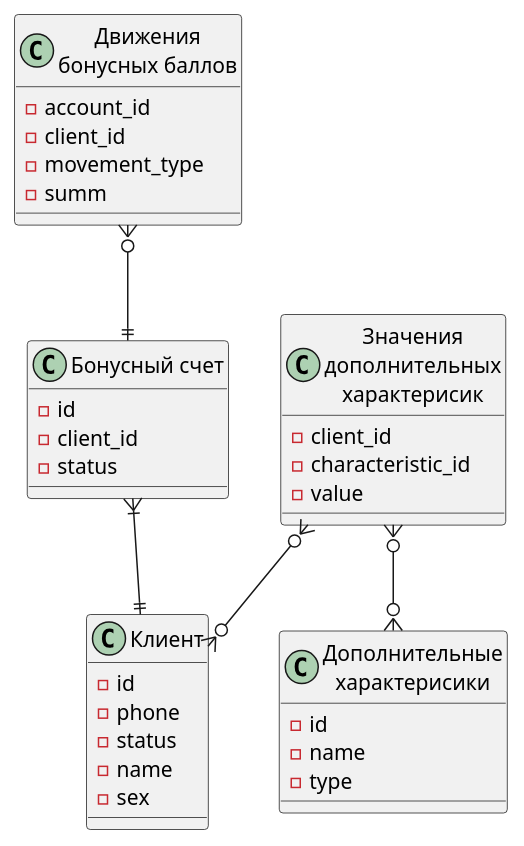
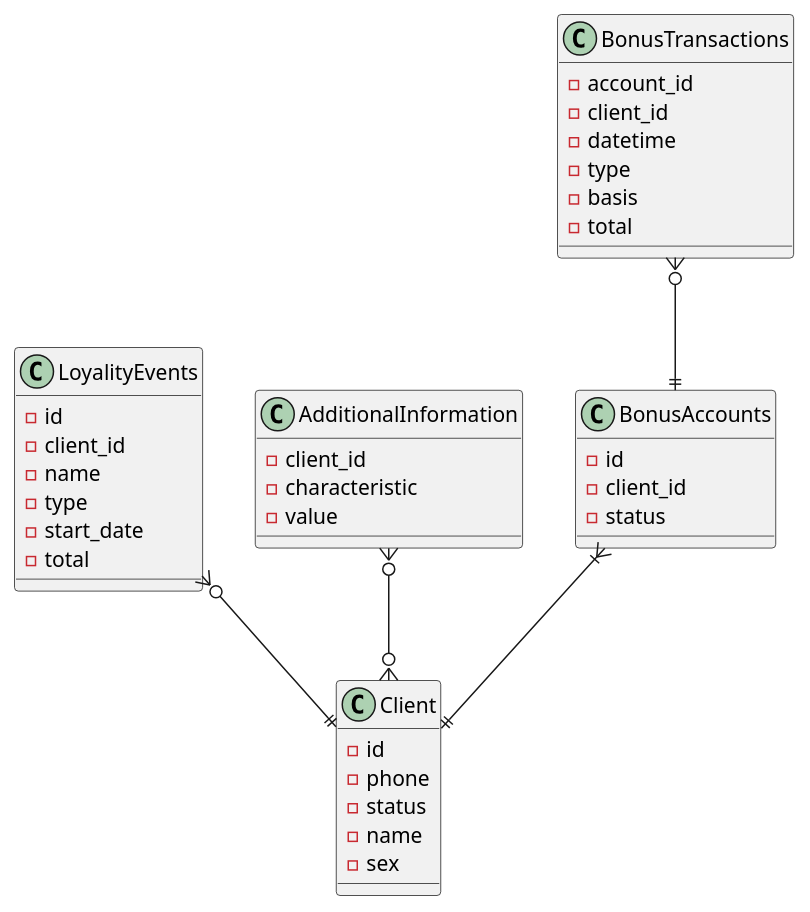
One commit to botokash/gb_ch3_task changed the diagram in er-diagram.puml. Above: the diagram before and after it, drawn with PlantUML. The commit also changed 4 other files, not shown here.

```diff
--- a/er-diagram.puml
+++ b/er-diagram.puml
@@ -1,41 +1,46 @@
 @startuml er-diagram
 
-class "Клиент" as Clinet {
+class "Client" as Client {
   - id
   - phone
   - status
   - name
   - sex
 }
 
-class "Дополнительные\nхарактерисики" as ClinetCharacteristics {
+class "LoyalityEvents" as LoyalityEvents {
   - id
+  - client_id
   - name
   - type
+  - start_date
+  - total
 }
 
-class "Значения\nдополнительных\nхарактерисик" as AdditionalInformation {
+class "AdditionalInformation" as AdditionalInformation {
   - client_id
-  - characteristic_id
+  - characteristic
   - value
 }
 
-class "Бонусный счет" as BonusAccount {
+class "BonusAccounts" as BonusAccounts {
   - id
   - client_id
   - status
 }
 
-class "Движения\nбонусных баллов" as AccountMovement {
+class "BonusTransactions" as BonusTransactions {
   - account_id
   - client_id
-  - movement_type
-  - summ
+  - datetime
+  - type
+  - basis
+  - total
 }
 
-BonusAccount }|--|| Clinet
-AccountMovement }o--|| BonusAccount
-AdditionalInformation }o--o{ Clinet
-AdditionalInformation }o--o{ ClinetCharacteristics
+BonusAccounts }|--|| Client
+BonusTransactions }o--|| BonusAccounts
+AdditionalInformation }o--o{ Client
+LoyalityEvents }o--|| Client
 
 @enduml
```
